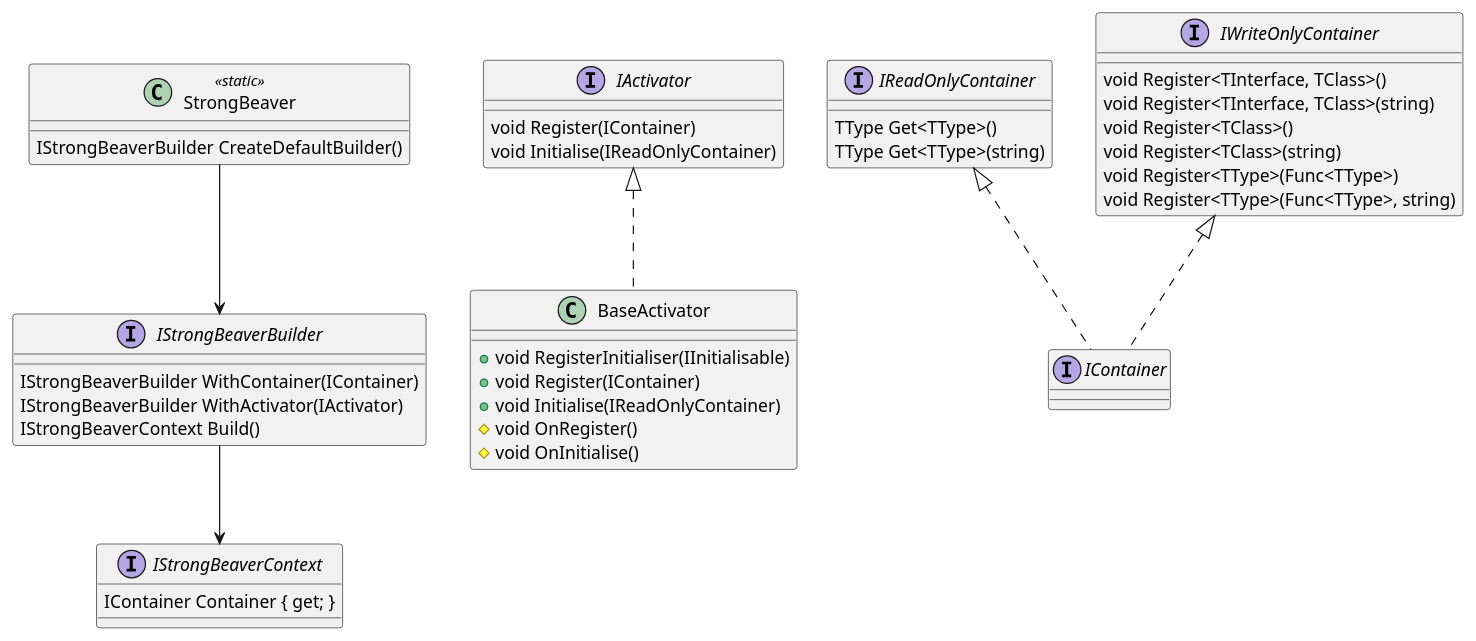
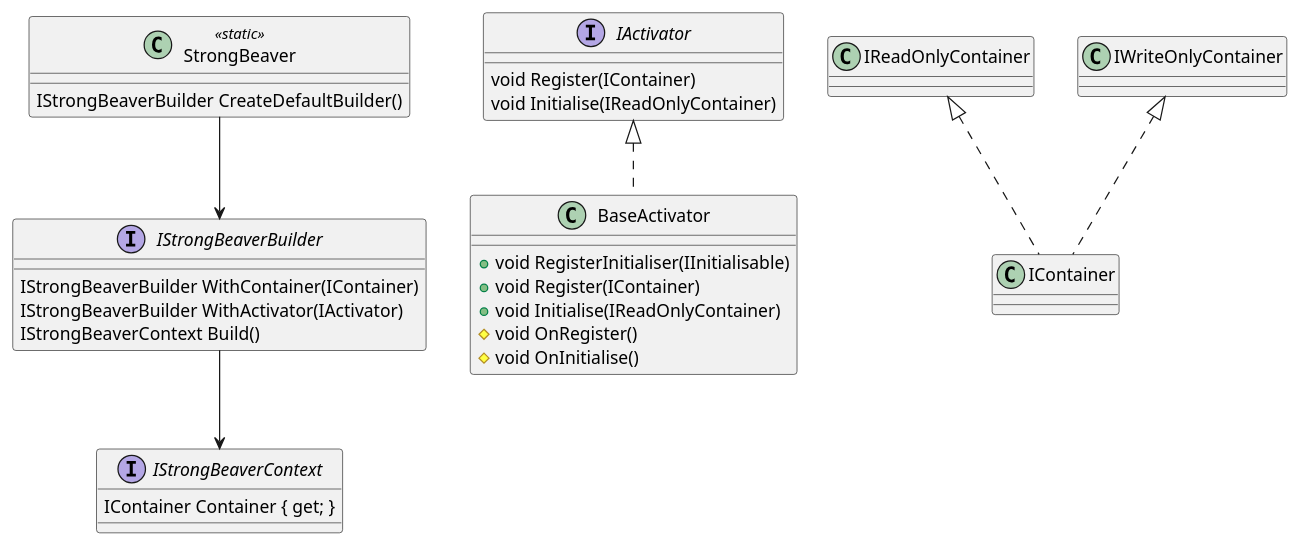
The diagram in doc/implementation/host-build.puml (akobr/strong-beaver), drawn with PlantUML before and after one commit. The commit also changed 1 other file, not shown here.

Commit message:
update in main doc + host-build diagram

```diff
--- a/doc/implementation/host-build.puml
+++ b/doc/implementation/host-build.puml
@@ -1,53 +1,35 @@
 @startuml host-init
 
 class StrongBeaver <<static>> {
     IStrongBeaverBuilder CreateDefaultBuilder()
 }
 interface IStrongBeaverBuilder {
     IStrongBeaverBuilder WithContainer(IContainer)
     IStrongBeaverBuilder WithActivator(IActivator)
     IStrongBeaverContext Build()
 }
 
 interface IStrongBeaverContext {
     IContainer Container { get; }
 }
 
 interface IActivator {
     void Register(IContainer)
     void Initialise(IReadOnlyContainer)
 }
 
 class BaseActivator {
     +void RegisterInitialiser(IInitialisable)
     +void Register(IContainer)
     +void Initialise(IReadOnlyContainer)
     #void OnRegister()
     #void OnInitialise()
 }
 
-interface IContainer {
-
-}
-
-interface IReadOnlyContainer {
-    TType Get<TType>()
-    TType Get<TType>(string)
-}
-
-interface IWriteOnlyContainer {
-    void Register<TInterface, TClass>()
-    void Register<TInterface, TClass>(string)
-    void Register<TClass>()
-    void Register<TClass>(string)
-    void Register<TType>(Func<TType>)
-    void Register<TType>(Func<TType>, string)
-}
-
 IReadOnlyContainer <|.. IContainer
 IWriteOnlyContainer <|.. IContainer
 StrongBeaver --> IStrongBeaverBuilder
 IStrongBeaverBuilder --> IStrongBeaverContext
 IActivator <|.. BaseActivator
 
 @enduml
```
